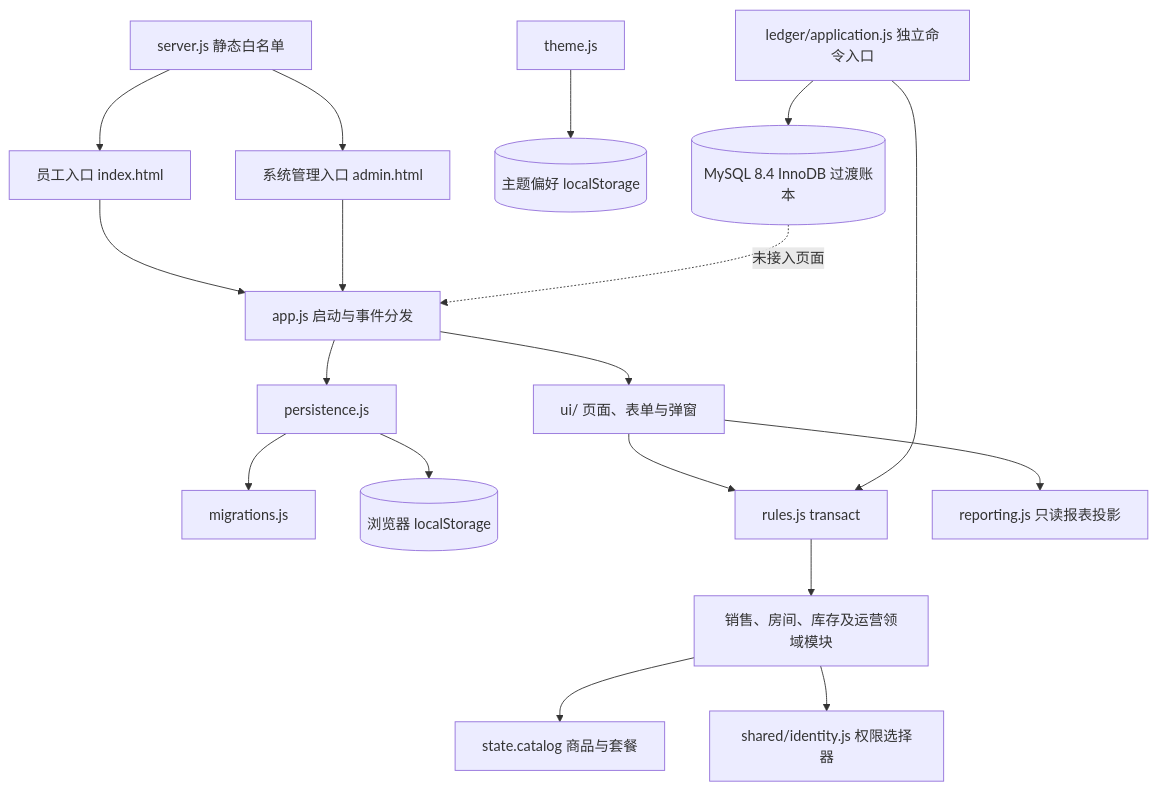
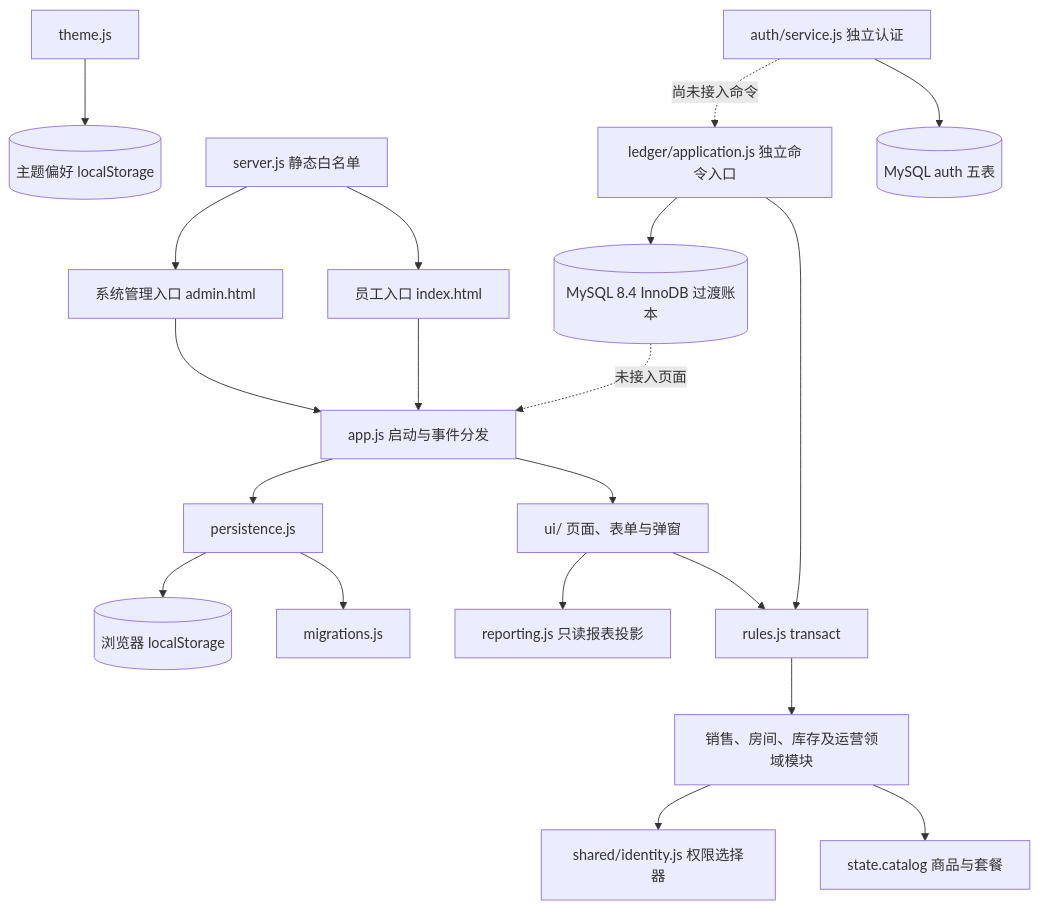
The diagram in docs/ARCHITECTURE.md (Richard-Zhuo/codex-KTV), drawn with Mermaid before and after one commit. The commit also changed other lines of this file and 13 other files, not shown here.

````diff
--- a/docs/ARCHITECTURE.md
+++ b/docs/ARCHITECTURE.md
@@ -7,20 +7,22 @@
 ```mermaid
 flowchart TD
   E[员工入口 index.html] --> APP[app.js 启动与事件分发]
   A[系统管理入口 admin.html] --> APP
   APP --> UI[ui/ 页面、表单与弹窗]
   APP --> P[persistence.js]
   P --> M[migrations.js]
   P --> LS[(浏览器 localStorage)]
   UI --> TX[rules.js transact]
   TX --> D[销售、房间、库存及运营领域模块]
   UI --> REP[reporting.js 只读报表投影]
   D --> C[state.catalog 商品与套餐]
   D --> ID[shared/identity.js 权限选择器]
   T[theme.js] --> PREF[(主题偏好 localStorage)]
   S[server.js 静态白名单] --> E
   S --> A
   L[ledger/application.js 独立命令入口] --> TX
   L --> DB[(MySQL 8.4 InnoDB 过渡账本)]
+  AUTH[auth/service.js 独立认证] --> AUTHDB[(MySQL auth 五表)]
+  AUTH -. 尚未接入命令 .-> L
   DB -. 未接入页面 .-> APP
 ```
````
